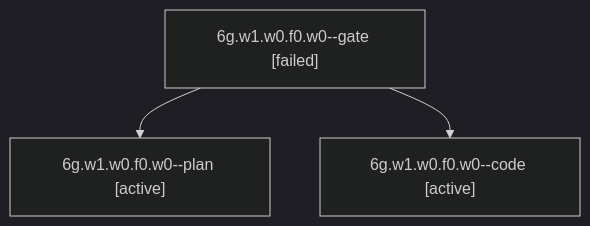
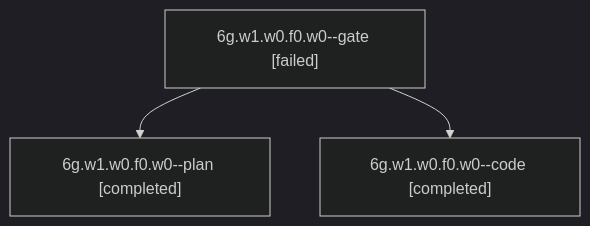
Before and after one commit to bobs-org/bob-cli--agents: the diagram in sessions/bbugyi200.apollo.6g.w1.w0.f0.w0.md, drawn with Mermaid (dark theme). The commit also changed other lines of this file and 50 other files, not shown here.

````diff
--- a/sessions/bbugyi200.apollo.6g.w1.w0.f0.w0.md
+++ b/sessions/bbugyi200.apollo.6g.w1.w0.f0.w0.md
@@ -9,8 +9,8 @@
 ```mermaid
 flowchart TD
   n0["6g.w1.w0.f0.w0--gate [failed]"]
-  n1["6g.w1.w0.f0.w0--plan [active]"]
+  n1["6g.w1.w0.f0.w0--plan [completed]"]
   n0 --> n1
-  n2["6g.w1.w0.f0.w0--code [active]"]
+  n2["6g.w1.w0.f0.w0--code [completed]"]
   n0 --> n2
 ```
````
